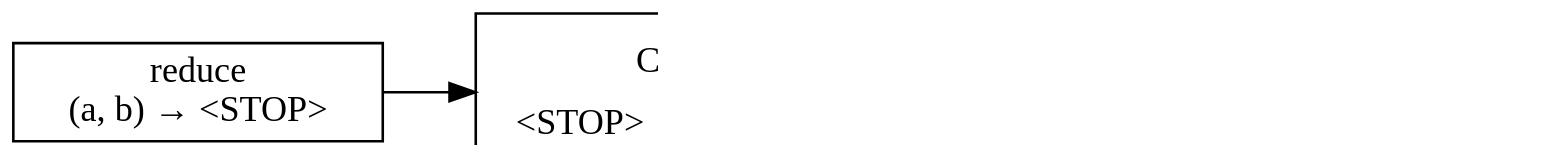
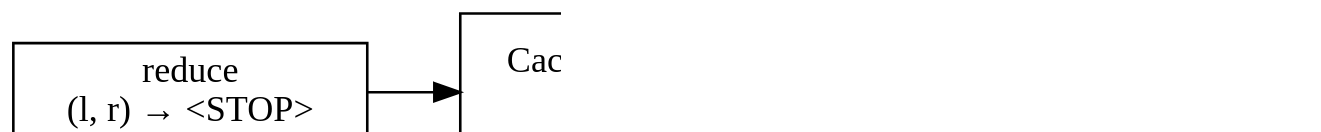
One commit to inponomarev/kstreams-testing-pitfalls changed diagram 13 of 13 in slides/src/main/asciidoc/lecture.adoc. Above: the diagram before and after it, drawn with Graphviz. The commit also changed other lines of this file, not shown here.

```diff
--- a/slides/src/main/asciidoc/lecture.adoc
+++ b/slides/src/main/asciidoc/lecture.adoc
@@ -383,24 +506,24 @@
-[graphviz,"cache3.png"]
+[graphviz,"cache3b.png"]
 ----
 digraph G {
 
 graph [ dpi = 180 ];
 rankdir="LR";
 A1[label="<STOP>"];
 B1[label="<STOP>"];
 
 Kafka;
 
-Kafka[shape=box,label="reduce \n (a, b) → <STOP>"]
+Kafka[shape=box,label="reduce \n (l, r) → <STOP>"]
 
 Kafka -> Cache
 
 Cache[shape=box,label=<<table cellspacing="5" cellborder="0"  border="0">
         <tr><td colspan="2">Cache</td></tr>
-        <tr><td>&lt;STOP&gt;</td>
-        <vr/><td>&lt;STOP&gt;</td></tr></table>>]
+        <tr><td> </td>
+        <vr/><td> </td></tr></table>>]
 Cache -> B1 -> A1;
 
 
 }
 ----
```
